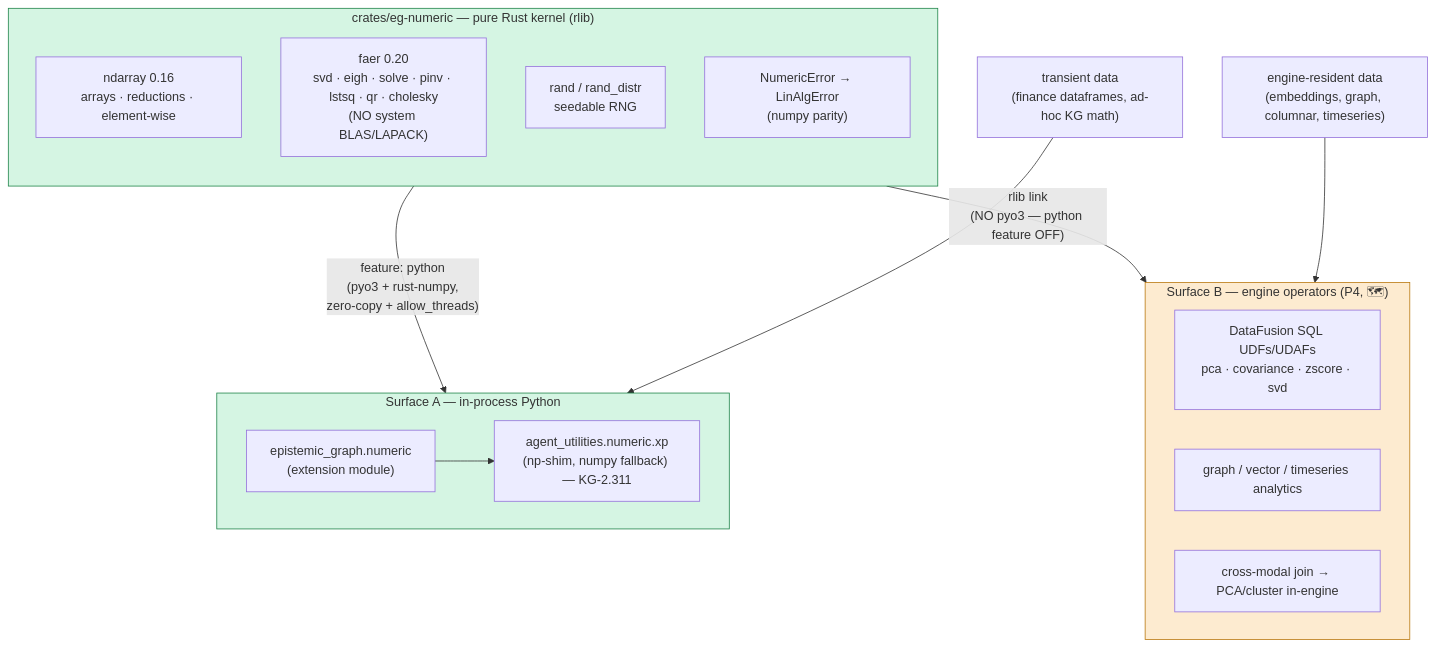
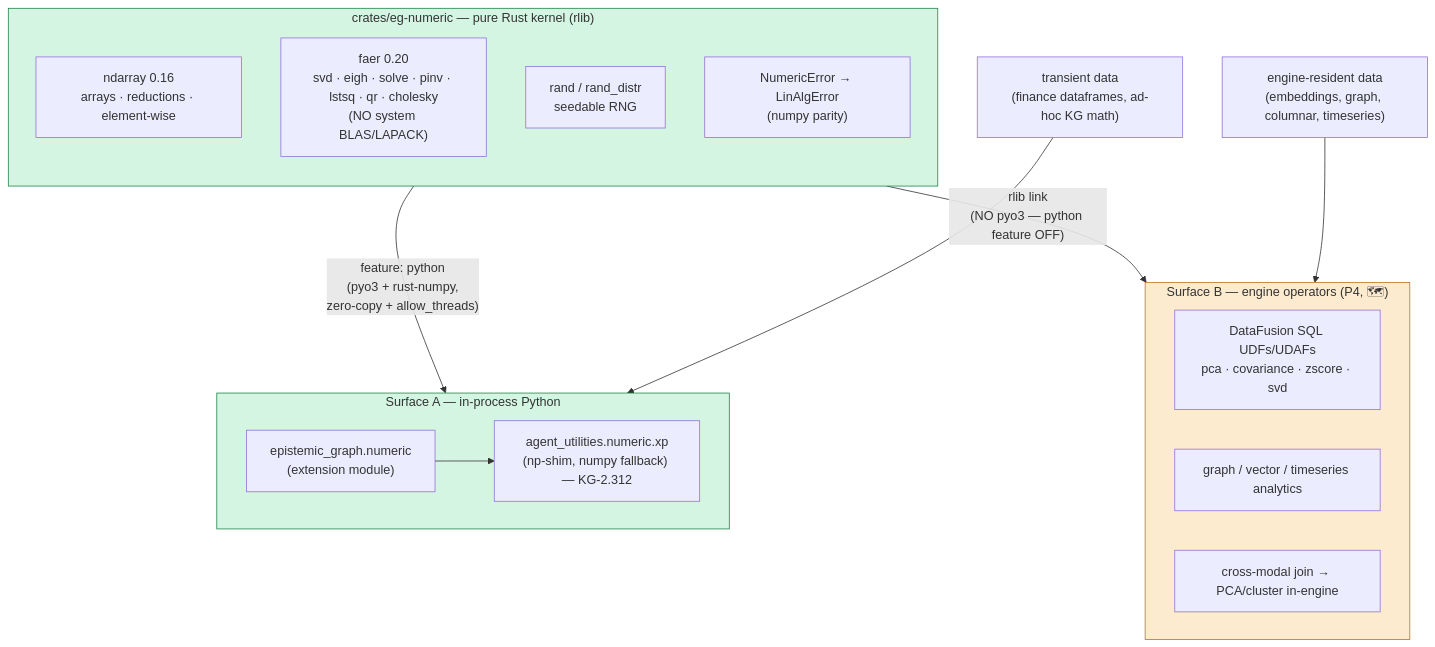
The diagram in docs/architecture/numeric-kernel.md (Knuckles-Team/epistemic-graph), drawn with Mermaid before and after one commit.

Commit message:
docs(numeric): fix xp-shim concept id KG-2.311 → KG-2.312 in numeric-kernel.md

````diff
--- a/docs/architecture/numeric-kernel.md
+++ b/docs/architecture/numeric-kernel.md
@@ -16,33 +16,33 @@
 ```mermaid
 flowchart TD
     subgraph K["crates/eg-numeric — pure Rust kernel (rlib)"]
         direction TB
         ND["ndarray 0.16<br/>arrays · reductions · element-wise"]
         FA["faer 0.20<br/>svd · eigh · solve · pinv · lstsq · qr · cholesky<br/>(NO system BLAS/LAPACK)"]
         RN["rand / rand_distr<br/>seedable RNG"]
         ERR["NumericError → LinAlgError<br/>(numpy parity)"]
     end
 
     K -->|"feature: python<br/>(pyo3 + rust-numpy,<br/>zero-copy + allow_threads)"| SA
     K -->|"rlib link<br/>(NO pyo3 — python feature OFF)"| SB
 
     subgraph SA["Surface A — in-process Python"]
         M1["epistemic_graph.numeric<br/>(extension module)"]
-        M2["agent_utilities.numeric.xp<br/>(np-shim, numpy fallback) — KG-2.311"]
+        M2["agent_utilities.numeric.xp<br/>(np-shim, numpy fallback) — KG-2.312"]
         M1 --> M2
     end
 
     subgraph SB["Surface B — engine operators (P4, 🗺)"]
         D1["DataFusion SQL UDFs/UDAFs<br/>pca · covariance · zscore · svd"]
         D2["graph / vector / timeseries analytics"]
         D3["cross-modal join → PCA/cluster in-engine"]
     end
 
     TA["transient data<br/>(finance dataframes, ad-hoc KG math)"] --> SA
     TB["engine-resident data<br/>(embeddings, graph, columnar, timeseries)"] --> SB
 
     classDef done fill:#d5f5e3,stroke:#1e8449;
     classDef todo fill:#fdebd0,stroke:#b9770e;
     class K,SA done;
     class SB todo;
 ```
````
